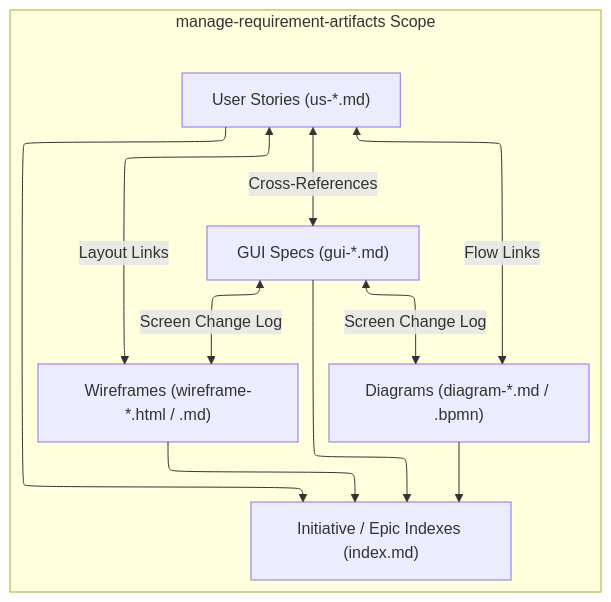
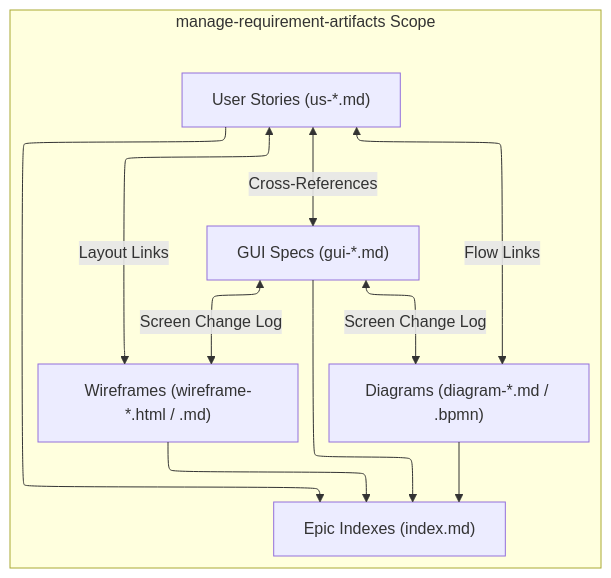
One commit to khanhchungoc/email-finance-tracker changed the diagram in .github/skills/manage-requirement-artifacts/SKILL.md. Above: the diagram before and after it, drawn with Mermaid. The commit also changed other lines of this file and 37 other files, not shown here.

````diff
--- a/.github/skills/manage-requirement-artifacts/SKILL.md
+++ b/.github/skills/manage-requirement-artifacts/SKILL.md
@@ -20,16 +20,16 @@
 ```mermaid
 %%{init: {"flowchart": {"defaultRenderer": "elk"}}}%%
 flowchart TD
     subgraph MRA_Scope ["manage-requirement-artifacts Scope"]
         US["User Stories (us-*.md)"] <-->|"Cross-References"| GUI["GUI Specs (gui-*.md)"]
         US <-->|"Flow Links"| DIAG_F["Diagrams (diagram-*.md / .bpmn)"]
         US <-->|"Layout Links"| WF_F["Wireframes (wireframe-*.html / .md)"]
         GUI <-->|"Screen Change Log"| DIAG_F
         GUI <-->|"Screen Change Log"| WF_F
         
-        US --> IDX["Initiative / Epic Indexes (index.md)"]
+        US --> IDX["Epic Indexes (index.md)"]
         GUI --> IDX
         DIAG_F --> IDX
         WF_F --> IDX
     end
 ```
````
